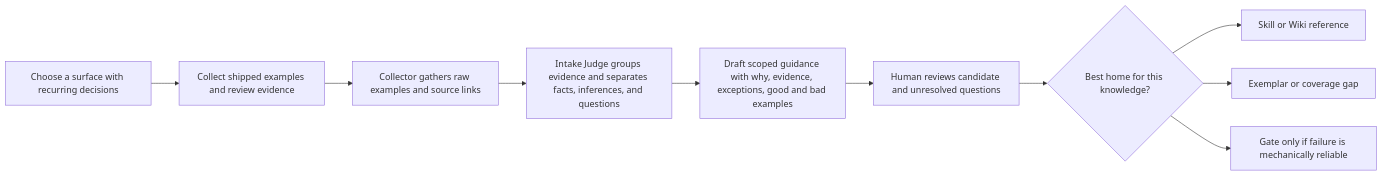
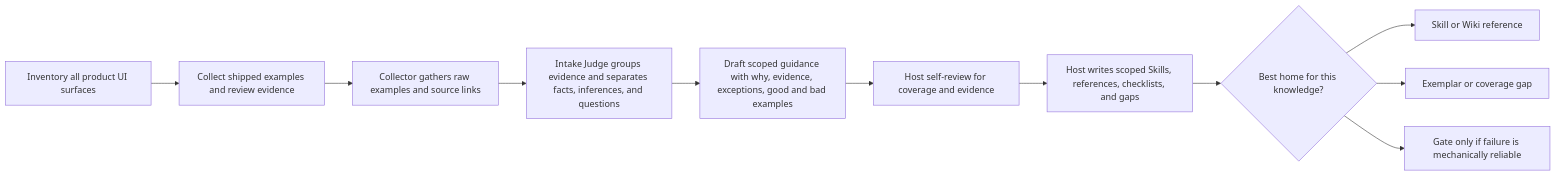
One commit to gksoriginals/taste changed the third of 5 diagrams in docs/engineering.md. Above: the diagram before and after it, drawn with Mermaid. The commit also changed other lines of this file and 16 other files, not shown here.

Commit message:
Derive Taste Pack guidance from product surfaces

````diff
--- a/docs/engineering.md
+++ b/docs/engineering.md
@@ -290,17 +281,18 @@
 ```mermaid
 flowchart LR
-  Surface[Choose a surface with recurring decisions]
+  Surface[Inventory all product UI surfaces]
   Evidence[Collect shipped examples and review evidence]
   Collector[Collector gathers raw examples and source links]
   IntakeJudge[Intake Judge groups evidence and separates facts, inferences, and questions]
   Candidate[Draft scoped guidance with why, evidence, exceptions, good and bad examples]
-  Review[Human reviews candidate and unresolved questions]
+  Review[Host self-review for coverage and evidence]
+  Pack[Host writes scoped Skills, references, checklists, and gaps]
   Route{Best home for this knowledge?}
   Skill[Skill or Wiki reference]
   Example[Exemplar or coverage gap]
   Gate[Gate only if failure is mechanically reliable]
-  Surface --> Evidence --> Collector --> IntakeJudge --> Candidate --> Review --> Route
+  Surface --> Evidence --> Collector --> IntakeJudge --> Candidate --> Review --> Pack --> Route
   Route --> Skill
   Route --> Example
   Route --> Gate
 ```
````
